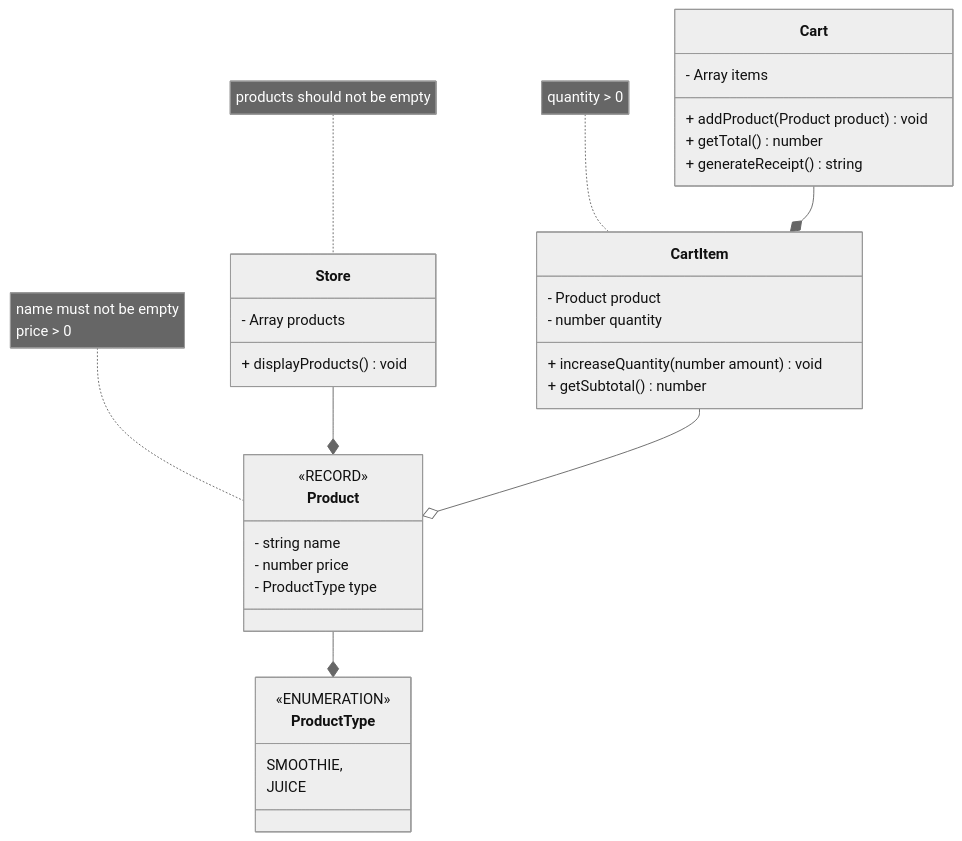
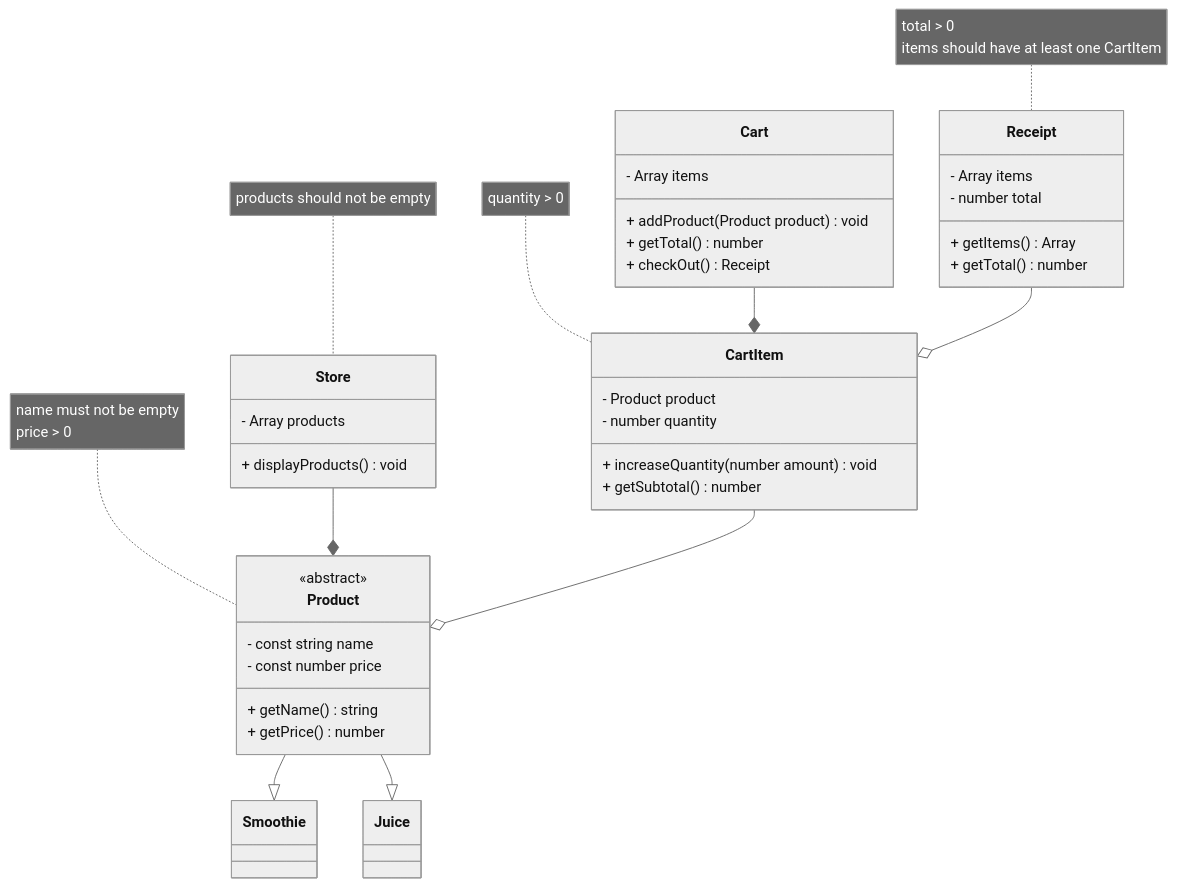
Before and after one commit to asantec2/cassy-project: the diagram in domain.md, drawn with Mermaid (neutral theme).

Commit message:
domain almost complete

````diff
--- a/domain.md
+++ b/domain.md
@@ -1,49 +1,68 @@
 ```mermaid
 classDiagram
+
 class Product{
-    <<RECORD>>
-    - string name 
-    - number price
-    - ProductType type
+    <<abstract>>
+    - const string name 
+    - const number price
+
+    + getName() string
+    + getPrice() number
+    
 }
 note for Product"
   name must not be empty
   price > 0
 
 "
-class ProductType{
-    <<ENUMERATION>>
-     SMOOTHIE,
-     JUICE
-    
+class Smoothie{
+
 }
+ class Juice{
+
+ }
+ Product --|> Smoothie
+ Product --|> Juice
+
 class CartItem{
     - Product product
     - number quantity
     + increaseQuantity(number amount) void
     + getSubtotal() number
 }
 note for CartItem"
 quantity > 0
 "
 class Cart{
     - Array<CartItem> items
     + addProduct(Product product)void
     + getTotal() number
-    + generateReceipt() string
+    + checkOut() Receipt
 
 }
  class Store{
     - Array<Product> products
     + displayProducts() void
  }
+ 
  note for Store"
- products should not be empty
+ products should not be empty 
+ "
+ class Receipt{
+    - Array<CartItem> items
+    - number total
+    + getItems() Array<CartItem>
+    + getTotal() number
+
+ }
+ note for Receipt"
+ total > 0
+ items should have at least one CartItem
  "
 
- Product --* ProductType
  Store --* Product
  CartItem --o Product
  Cart --* CartItem
+ Receipt --o CartItem
 
 ```
````
